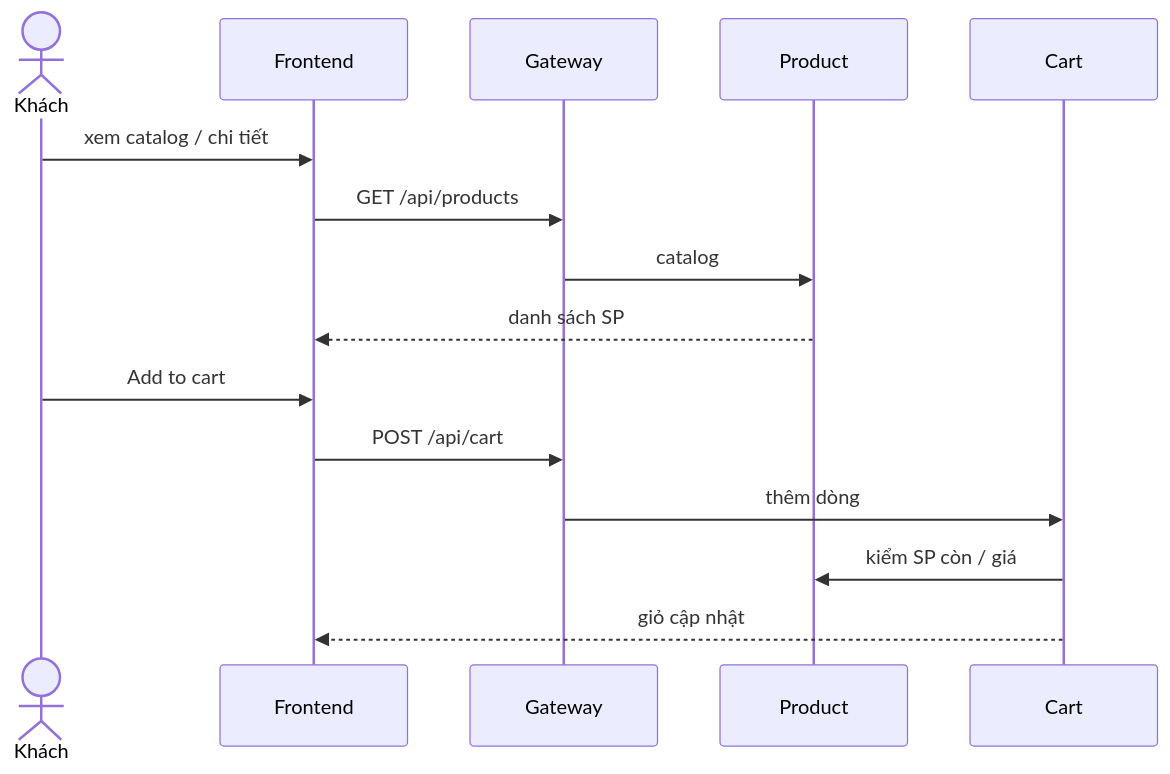
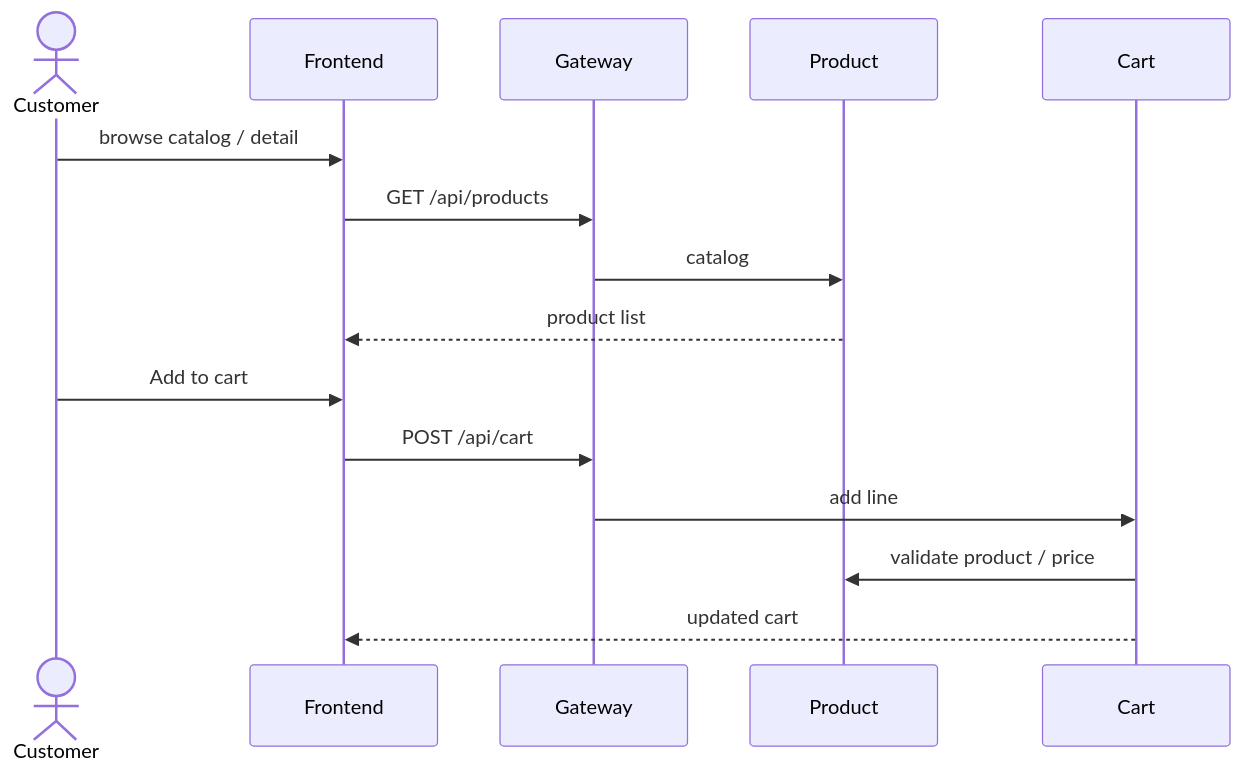
The third of 4 diagrams in README.md (trinhvanhai1994/GTVT_ecommerce), drawn with Mermaid before and after one commit. The commit also changed other lines of this file and 197 other files, not shown here.

````diff
--- a/README.md
+++ b/README.md
@@ -89,17 +111,17 @@
 ```mermaid
 sequenceDiagram
-  actor U as Khách
+  actor U as Customer
   participant FE as Frontend
   participant GW as Gateway
   participant PROD as Product
   participant CART as Cart
-  U->>FE: xem catalog / chi tiết
+  U->>FE: browse catalog / detail
   FE->>GW: GET /api/products
   GW->>PROD: catalog
-  PROD-->>FE: danh sách SP
+  PROD-->>FE: product list
   U->>FE: Add to cart
   FE->>GW: POST /api/cart
-  GW->>CART: thêm dòng
-  CART->>PROD: kiểm SP còn / giá
-  CART-->>FE: giỏ cập nhật
+  GW->>CART: add line
+  CART->>PROD: validate product / price
+  CART-->>FE: updated cart
 ```
````
